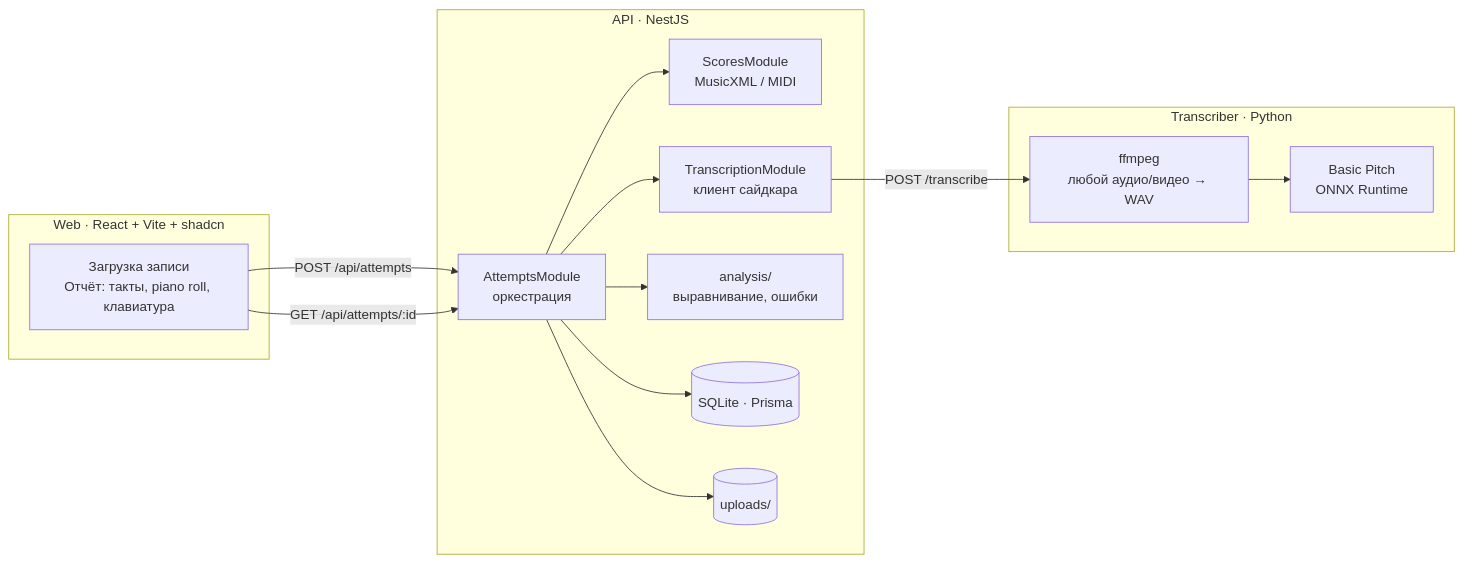
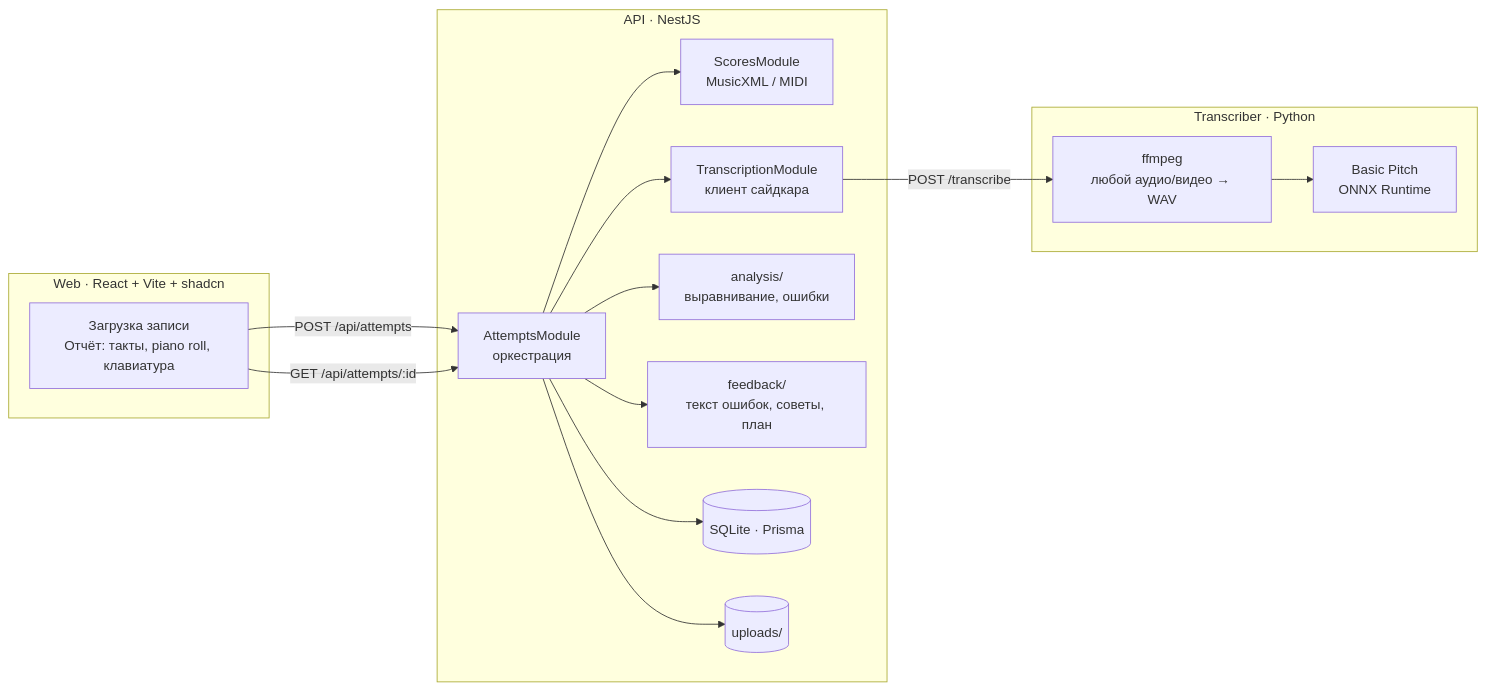
The first of 4 diagrams in docs/ARCHITECTURE.md (darkling39/ai-music-player-react-node), drawn with Mermaid before and after one commit. The commit also changed other lines of this file and 15 other files, not shown here.

````diff
--- a/docs/ARCHITECTURE.md
+++ b/docs/ARCHITECTURE.md
@@ -14,26 +14,28 @@
 ```mermaid
 flowchart LR
     subgraph Web["Web · React + Vite + shadcn"]
         UI["Загрузка записи<br/>Отчёт: такты, piano roll, клавиатура"]
     end
     subgraph API["API · NestJS"]
         Attempts["AttemptsModule<br/>оркестрация"]
         Scores["ScoresModule<br/>MusicXML / MIDI"]
         Transcription["TranscriptionModule<br/>клиент сайдкара"]
         Analysis["analysis/<br/>выравнивание, ошибки"]
+        Feedback["feedback/<br/>текст ошибок, советы, план"]
         DB[("SQLite · Prisma")]
         Files[("uploads/")]
     end
     subgraph ASR["Transcriber · Python"]
         FFmpeg["ffmpeg<br/>любой аудио/видео → WAV"]
         BP["Basic Pitch<br/>ONNX Runtime"]
     end
 
     UI -- "POST /api/attempts" --> Attempts
     Attempts --> Scores
     Attempts --> Transcription -- "POST /transcribe" --> FFmpeg --> BP
     Attempts --> Analysis
+    Attempts --> Feedback
     Attempts --> DB
     Attempts --> Files
     UI -- "GET /api/attempts/:id" --> Attempts
 ```
````
